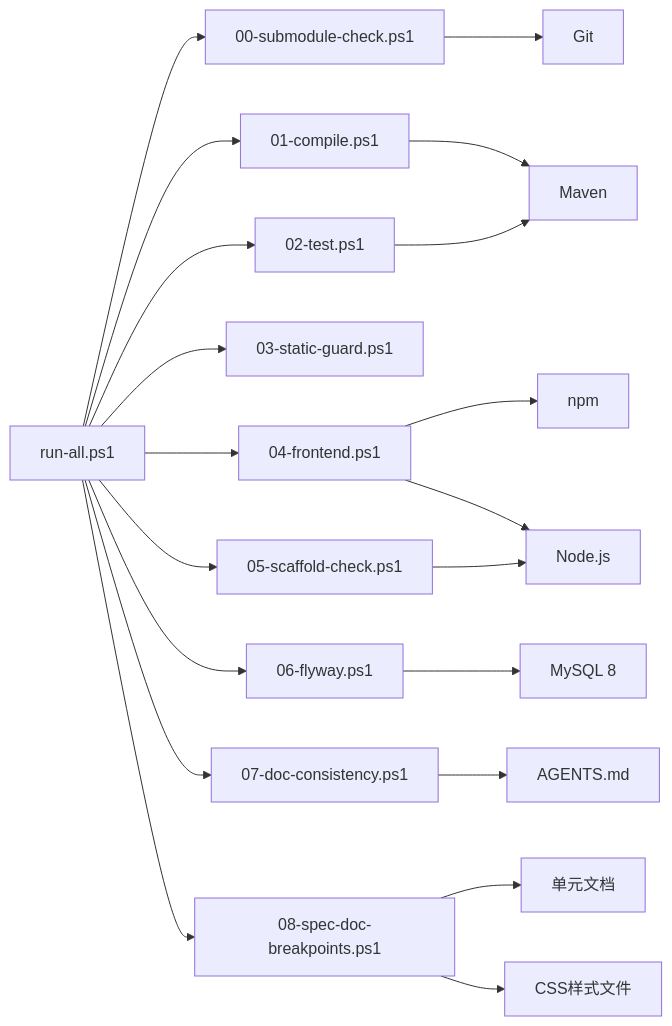
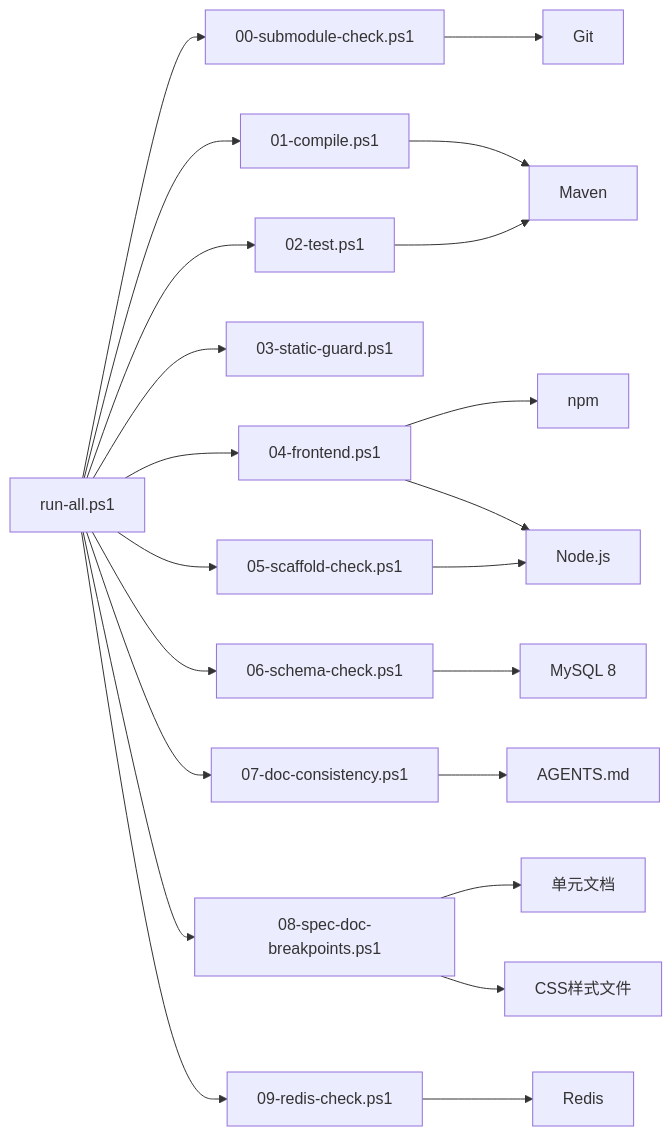
One commit to luyitiger6/my-first-project changed diagram 13 of 13 in .qoder/repowiki/zh/content/自动化验证/自动化验证.md. Above: the diagram before and after it, drawn with Mermaid. The commit also changed other lines of this file and 42 other files, not shown here.

````diff
--- a/.qoder/repowiki/zh/content/自动化验证/自动化验证.md
+++ b/.qoder/repowiki/zh/content/自动化验证/自动化验证.md
@@ -572,22 +642,24 @@
 ```mermaid
 graph LR
 RunAll["run-all.ps1"] --> Submodule["00-submodule-check.ps1"]
 RunAll --> Compile["01-compile.ps1"]
 RunAll --> TestGate["02-test.ps1"]
 RunAll --> StaticGuard["03-static-guard.ps1"]
 RunAll --> Frontend["04-frontend.ps1"]
 RunAll --> Scaffold["05-scaffold-check.ps1"]
-RunAll --> Flyway["06-flyway.ps1"]
+RunAll --> SchemaCheck["06-schema-check.ps1"]
 RunAll --> DocConsistency["07-doc-consistency.ps1"]
 RunAll --> SpecBreakpoints["08-spec-doc-breakpoints.ps1"]
+RunAll --> RedisCheck["09-redis-check.ps1"]
 Compile --> Maven["Maven"]
 TestGate --> Maven
 Frontend --> Npm["npm"]
 Frontend --> Node["Node.js"]
 Scaffold --> Node
 Submodule --> Git["Git"]
-Flyway --> MySQL["MySQL 8"]
+SchemaCheck --> MySQL["MySQL 8"]
+RedisCheck --> Redis["Redis"]
 DocConsistency --> AGENTS["AGENTS.md"]
 SpecBreakpoints --> Docs["单元文档"]
 SpecBreakpoints --> CSS["CSS样式文件"]
 ```
````
